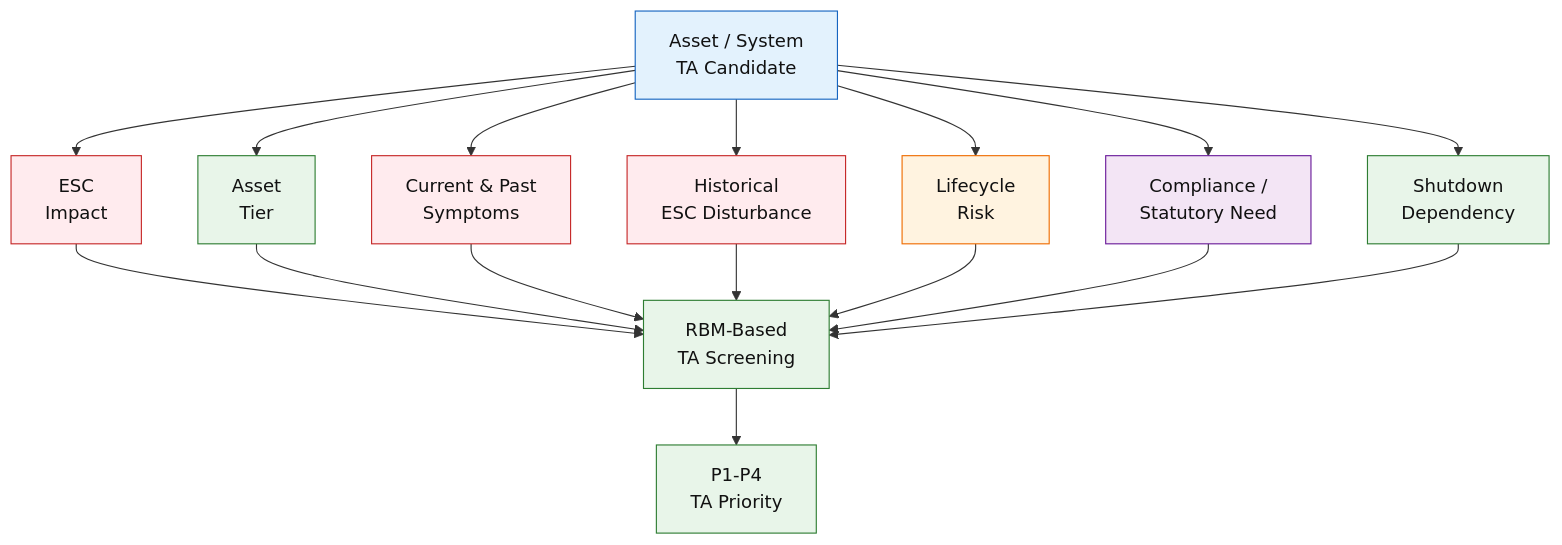
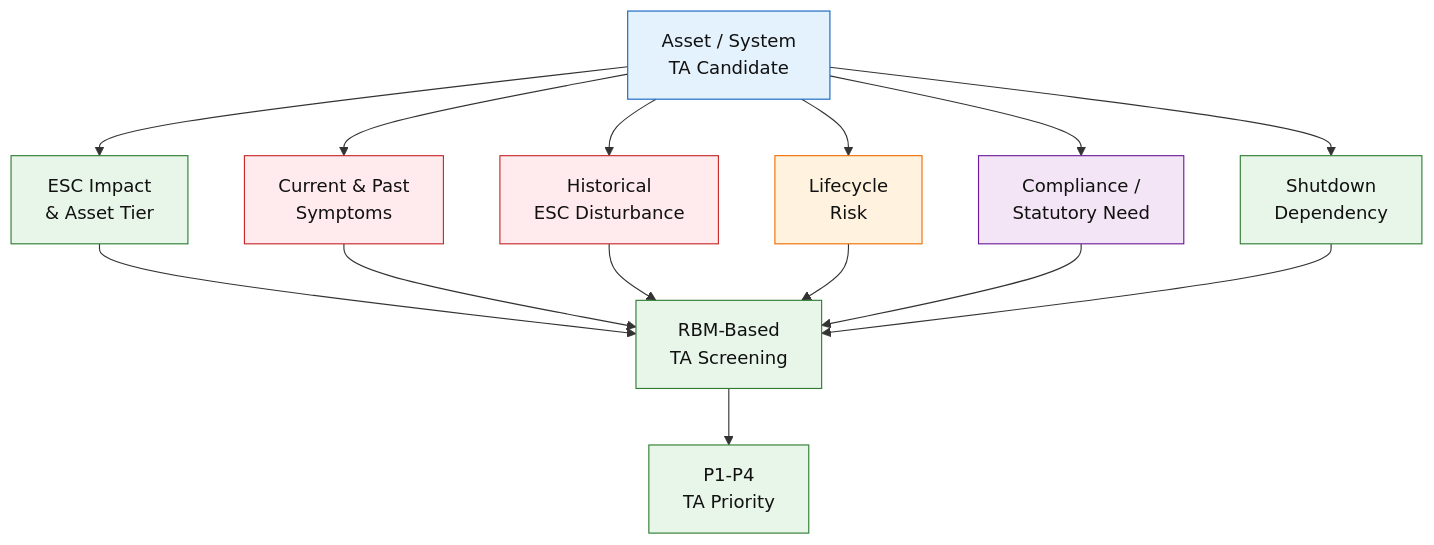
One commit to slametsampon/mx-core changed the third of 4 diagrams in plugins/mx-core-docs/src/content/blog/management/MSH/MSH-panduan-scope-ta.mdx. Above: the diagram before and after it, drawn with Mermaid. The commit also changed other lines of this file and 2 other files, not shown here.

````diff
--- a/plugins/mx-core-docs/src/content/blog/management/MSH/MSH-panduan-scope-ta.mdx
+++ b/plugins/mx-core-docs/src/content/blog/management/MSH/MSH-panduan-scope-ta.mdx
@@ -187,32 +187,30 @@
 ```mermaid
 flowchart TD
-    A["Asset / System<br/>TA Candidate"] --> B["ESC<br/>Impact"]
-    A --> C["Asset<br/>Tier"]
+    A["Asset / System<br/>TA Candidate"] --> B["ESC Impact<br/>& Asset Tier"]
     A --> D["Current & Past<br/>Symptoms"]
     A --> E["Historical<br/>ESC Disturbance"]
     A --> F["Lifecycle<br/>Risk"]
     A --> G["Compliance /<br/>Statutory Need"]
     A --> H["Shutdown<br/>Dependency"]
 
     B --> I["RBM-Based<br/>TA Screening"]
-    C --> I
     D --> I
     E --> I
     F --> I
     G --> I
     H --> I
 
     I --> J["P1-P4<br/>TA Priority"]
 
     classDef asset fill:#E3F2FD,stroke:#1565C0,color:#111;
     classDef risk fill:#FFEBEE,stroke:#C62828,color:#111;
     classDef lifecycle fill:#FFF3E0,stroke:#EF6C00,color:#111;
     classDef compliance fill:#F3E5F5,stroke:#6A1B9A,color:#111;
     classDef decision fill:#E8F5E9,stroke:#2E7D32,color:#111;
 
     class A asset;
-    class B,D,E risk;
+    class D,E risk;
     class F lifecycle;
     class G compliance;
-    class C,H,I,J decision;
+    class B,H,I,J decision;
 ```
````
